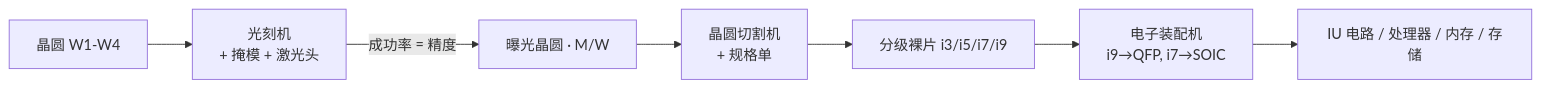
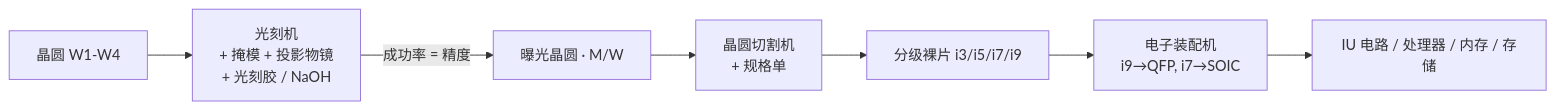
The diagram in kubejs/docs/IU_CHIP_OVERHAUL.md (1376127612/Sink-Journey), drawn with Mermaid before and after one commit. The commit also changed other lines of this file and 98 other files, not shown here.

````diff
--- a/kubejs/docs/IU_CHIP_OVERHAUL.md
+++ b/kubejs/docs/IU_CHIP_OVERHAUL.md
@@ -309,9 +327,9 @@
 ```mermaid
 graph LR
-    W[晶圆 W1-W4] --> L[光刻机<br/>+ 掩模 + 激光头]
+    W[晶圆 W1-W4] --> L[光刻机<br/>+ 掩模 + 投影物镜<br/>+ 光刻胶 / NaOH]
     L -->|成功率 = 精度| E[曝光晶圆 · M/W]
     E --> D[晶圆切割机<br/>+ 规格单]
     D --> C[分级裸片 i3/i5/i7/i9]
     C --> P[电子装配机<br/>i9→QFP, i7→SOIC]
     P --> F[IU 电路 / 处理器 / 内存 / 存储]
 ```
````
